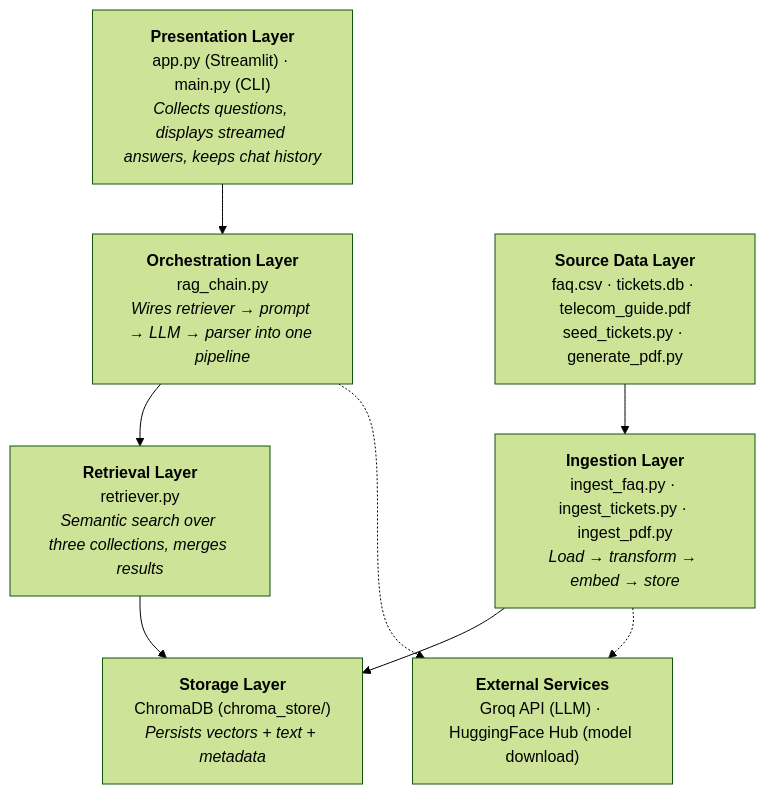
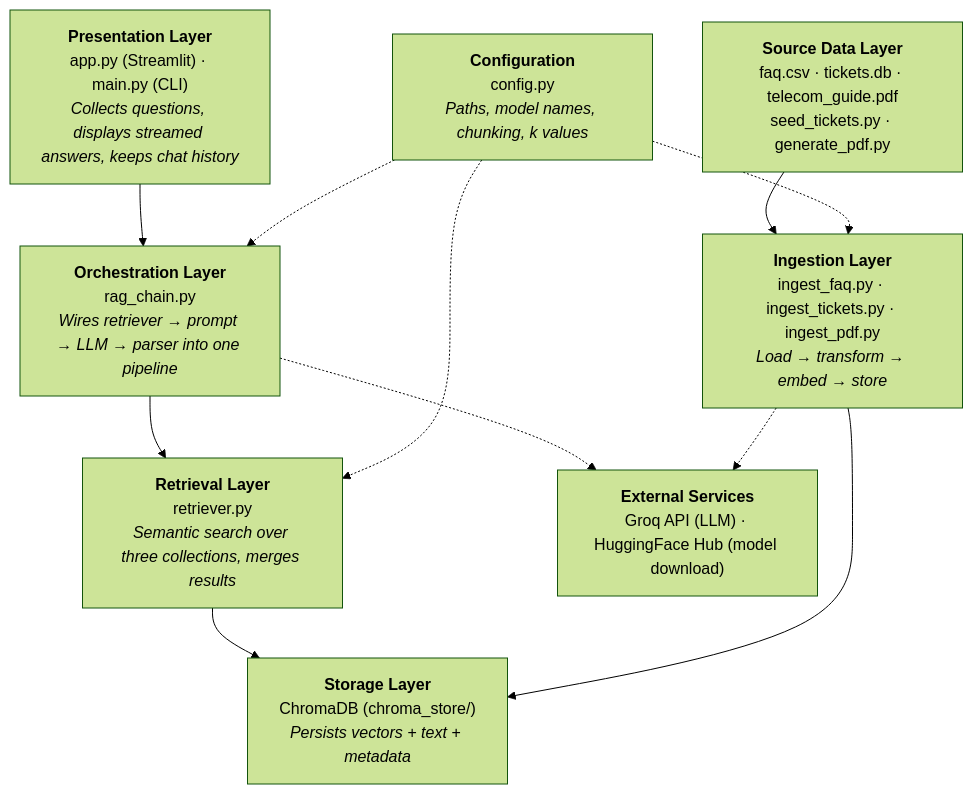
One commit to pavan-dharimireddy/RAG_Telecom_chat_bot changed the second of 7 diagrams in architecture.md. Above: the diagram before and after it, drawn with Mermaid (forest theme). The commit also changed other lines of this file and 9 other files, not shown here.

````diff
--- a/architecture.md
+++ b/architecture.md
@@ -75,15 +75,17 @@
 ```mermaid
 flowchart TB
     L1["<b>Presentation Layer</b><br/>app.py (Streamlit) · main.py (CLI)<br/><i>Collects questions, displays streamed answers, keeps chat history</i>"]
     L2["<b>Orchestration Layer</b><br/>rag_chain.py<br/><i>Wires retriever → prompt → LLM → parser into one pipeline</i>"]
     L3["<b>Retrieval Layer</b><br/>retriever.py<br/><i>Semantic search over three collections, merges results</i>"]
     L4["<b>Storage Layer</b><br/>ChromaDB (chroma_store/)<br/><i>Persists vectors + text + metadata</i>"]
     L5["<b>Ingestion Layer</b><br/>ingest_faq.py · ingest_tickets.py · ingest_pdf.py<br/><i>Load → transform → embed → store</i>"]
     L6["<b>Source Data Layer</b><br/>faq.csv · tickets.db · telecom_guide.pdf<br/>seed_tickets.py · generate_pdf.py"]
     EXT["<b>External Services</b><br/>Groq API (LLM) · HuggingFace Hub (model download)"]
+    CFG["<b>Configuration</b><br/>config.py<br/><i>Paths, model names, chunking, k values</i>"]
 
     L1 --> L2 --> L3 --> L4
     L6 --> L5 --> L4
     L2 -.-> EXT
     L5 -.-> EXT
+    CFG -.-> L2 & L3 & L5
 ```
````
